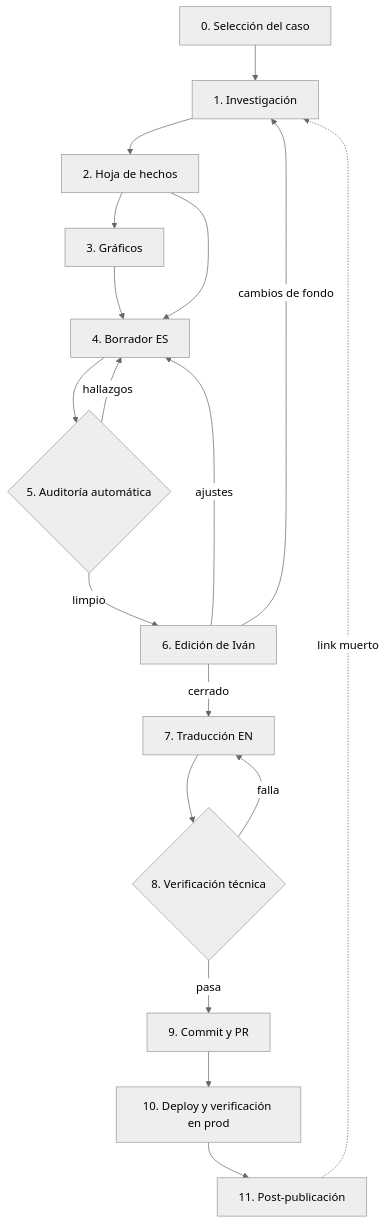
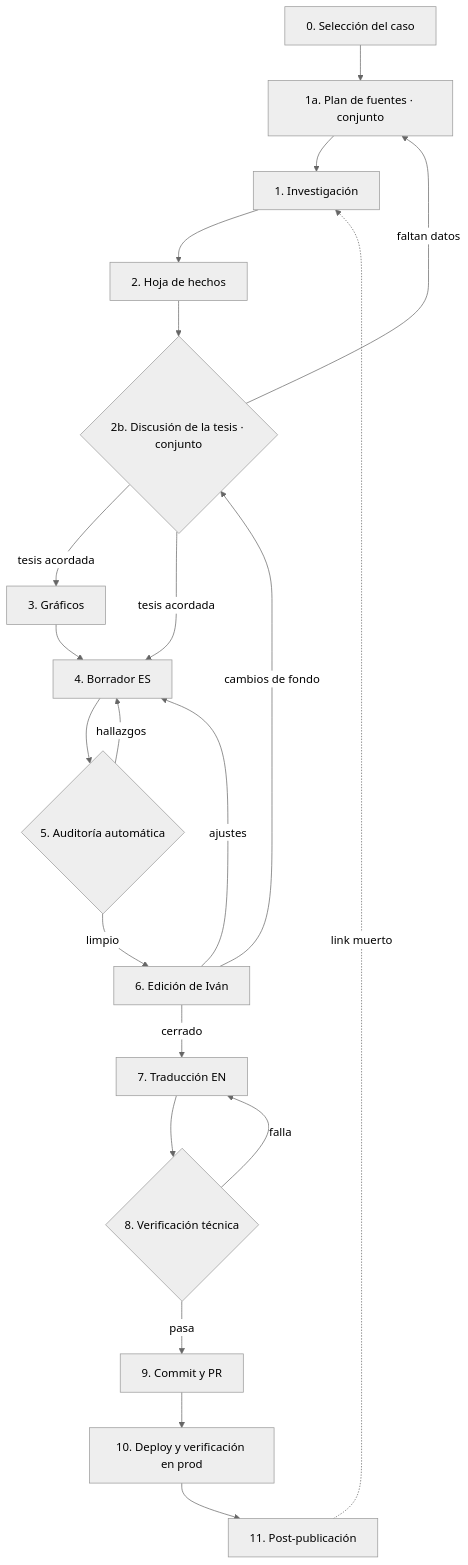
One commit to ivandujaut/ivandujaut changed the diagram in .claude/docs/content-workflow.md. Above: the diagram before and after it, drawn with Mermaid (neutral theme). The commit also changed other lines of this file, not shown here.

````diff
--- a/.claude/docs/content-workflow.md
+++ b/.claude/docs/content-workflow.md
@@ -8,20 +8,23 @@
 ```mermaid
 flowchart TD
-    N0[0. Selección del caso] --> N1[1. Investigación]
+    N0[0. Selección del caso] --> N1a[1a. Plan de fuentes · conjunto]
+    N1a --> N1[1. Investigación]
     N1 --> N2[2. Hoja de hechos]
-    N2 --> N3[3. Gráficos]
-    N2 --> N4[4. Borrador ES]
+    N2 --> N2b{2b. Discusión de la tesis · conjunto}
+    N2b -- faltan datos --> N1a
+    N2b -- tesis acordada --> N3[3. Gráficos]
+    N2b -- tesis acordada --> N4[4. Borrador ES]
     N3 --> N4
     N4 --> N5{5. Auditoría automática}
     N5 -- hallazgos --> N4
     N5 -- limpio --> N6[6. Edición de Iván]
-    N6 -- cambios de fondo --> N1
+    N6 -- cambios de fondo --> N2b
     N6 -- ajustes --> N4
     N6 -- cerrado --> N7[7. Traducción EN]
     N7 --> N8{8. Verificación técnica}
     N8 -- falla --> N7
     N8 -- pasa --> N9[9. Commit y PR]
     N9 --> N10[10. Deploy y verificación en prod]
     N10 --> N11[11. Post-publicación]
     N11 -. link muerto .-> N1
 ```
````
